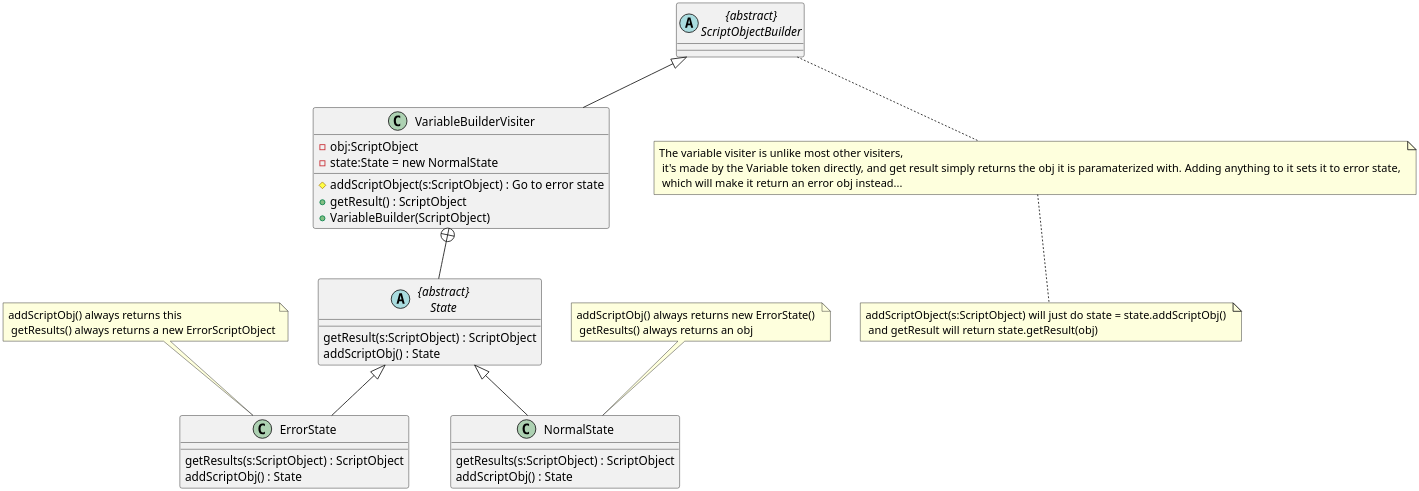
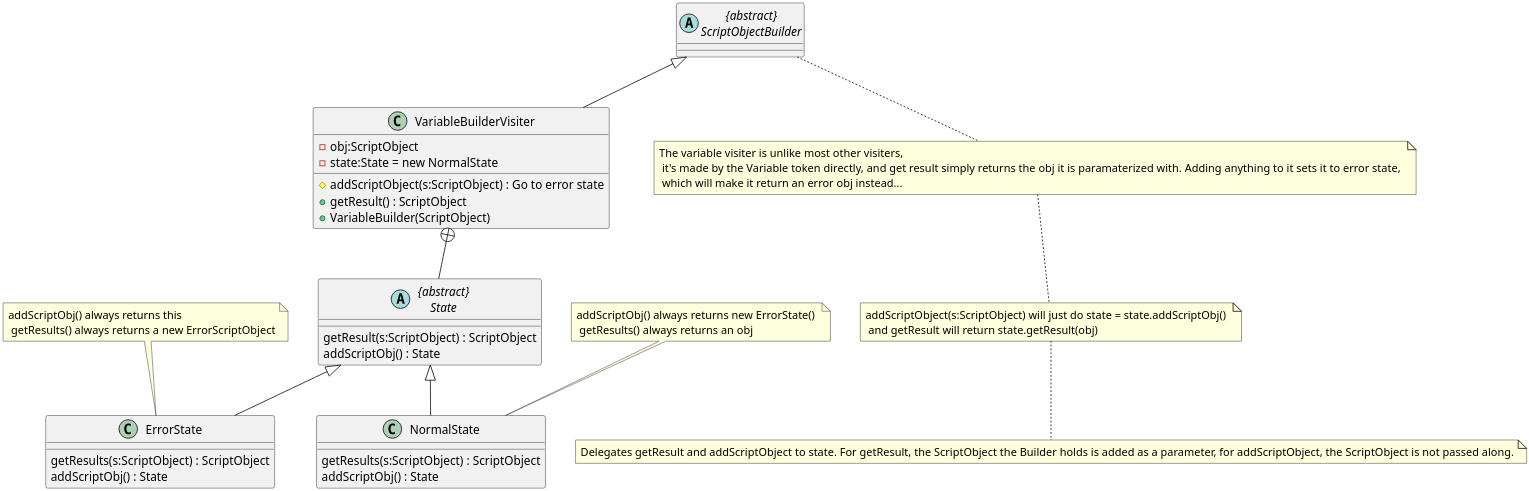
Before and after one commit to MatthewBregg/DesignPatternsRepo: the diagram in Builder/Variablebuilder.org, drawn with PlantUML. The commit also changed 14 other files, not shown here.

```diff
--- a/Builder/Variablebuilder.org
+++ b/Builder/Variablebuilder.org
@@ -1,39 +1,40 @@
   #+BEGIN_SRC plantuml :file Variablebuilder.png
 skinparam dpi 300
 class VariableBuilderVisiter
 
 abstract class ScriptObjectBuilder as "{abstract}\nScriptObjectBuilder"
 
 ScriptObjectBuilder <|-- VariableBuilderVisiter
 
 VariableBuilderVisiter : #addScriptObject(s:ScriptObject) : Go to error state
 VariableBuilderVisiter : +getResult() : ScriptObject 
 VariableBuilderVisiter : -obj:ScriptObject
 VariableBuilderVisiter : -state:State = new NormalState
 VariableBuilderVisiter : +VariableBuilder(ScriptObject)
 
 note bottom : The variable visiter is unlike most other visiters,\n it's made by the Variable token directly, and get result simply returns the obj it is paramaterized with. Adding anything to it sets it to error state, \n which will make it return an error obj instead...
 note bottom : addScriptObject(s:ScriptObject) will just do state = state.addScriptObj() \n and getResult will return state.getResult(obj)
+note bottom : Delegates getResult and addScriptObject to state. For getResult, the ScriptObject the Builder holds is added as a parameter, for addScriptObject, the ScriptObject is not passed along. 
 
 abstract class State as "{abstract}\nState"
 State : getResult(s:ScriptObject) : ScriptObject
 State : addScriptObj() : State
 
 VariableBuilderVisiter +-- State
 
 class ErrorState 
 ErrorState : getResults(s:ScriptObject) : ScriptObject
 ErrorState : addScriptObj() : State 
 
 note top : addScriptObj() always returns this \n getResults() always returns a new ErrorScriptObject
 
 class NormalState 
 NormalState : getResults(s:ScriptObject) : ScriptObject
 NormalState : addScriptObj() : State 
 
 State <|-- ErrorState
 State <|-- NormalState
 
 note top : addScriptObj() always returns new ErrorState() \n getResults() always returns an obj
 
   #+END_SRC
```
